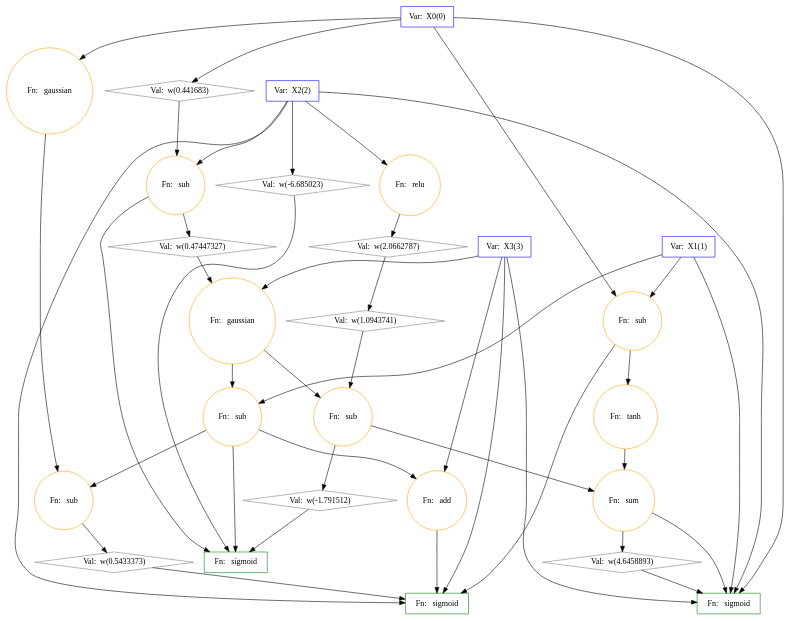
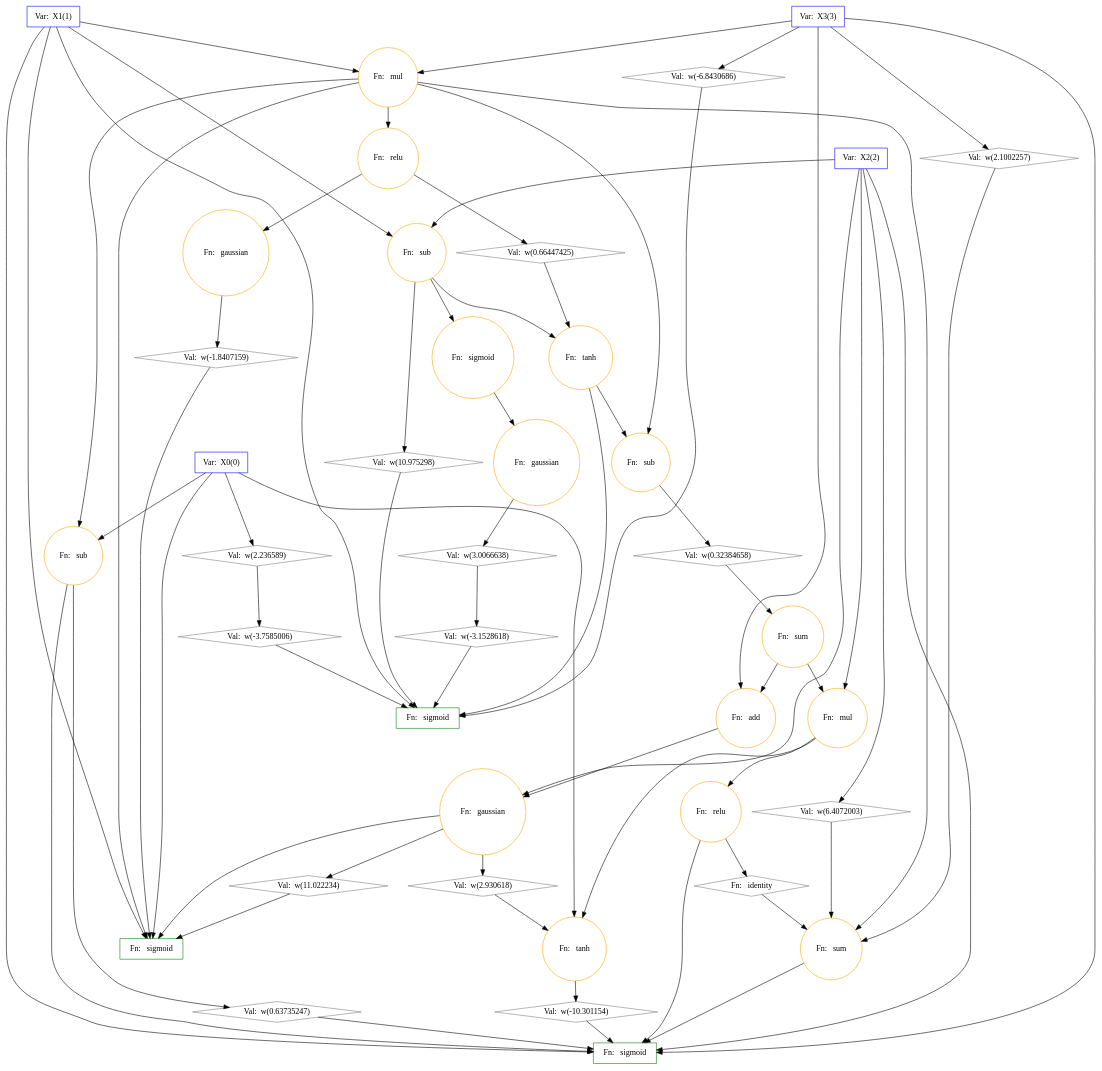
Before and after one commit to pkalivas/radiate: the diagram in graph.dot, drawn with Graphviz. The commit also changed 2 other files, not shown here.

```diff
--- a/graph.dot
+++ b/graph.dot
@@ -1,70 +1,106 @@
 digraph G {
 0 [label="Var:  X0(0)", shape=box, color=blue];
 1 [label="Var:  X1(1)", shape=box, color=blue];
 2 [label="Var:  X2(2)", shape=box, color=blue];
 3 [label="Var:  X3(3)", shape=box, color=blue];
 4 [label="Fn:   sigmoid", shape=box, color=green];
 5 [label="Fn:   sigmoid", shape=box, color=green];
 6 [label="Fn:   sigmoid", shape=box, color=green];
-7 [label="Val:  w(-6.685023)", shape=diamond, color=gray];
-8 [label="Val:  w(-1.791512)", shape=diamond, color=gray];
-9 [label="Fn:   gaussian", shape=circle, color=orange];
-10 [label="Fn:   sub", shape=circle, color=orange];
-11 [label="Val:  w(0.5433373)", shape=diamond, color=gray];
-12 [label="Fn:   sub", shape=circle, color=orange];
-13 [label="Fn:   sub", shape=circle, color=orange];
+7 [label="Val:  w(10.975298)", shape=diamond, color=gray];
+8 [label="Val:  w(-3.7585006)", shape=diamond, color=gray];
+9 [label="Fn:   sub", shape=circle, color=orange];
+10 [label="Val:  w(2.236589)", shape=diamond, color=gray];
+11 [label="Fn:   mul", shape=circle, color=orange];
+12 [label="Val:  w(-1.8407159)", shape=diamond, color=gray];
+13 [label="Fn:   gaussian", shape=circle, color=orange];
 14 [label="Fn:   add", shape=circle, color=orange];
-15 [label="Fn:   sub", shape=circle, color=orange];
-16 [label="Fn:   sum", shape=circle, color=orange];
-17 [label="Val:  w(1.0943741)", shape=diamond, color=gray];
-18 [label="Fn:   sub", shape=circle, color=orange];
-19 [label="Val:  w(2.0662787)", shape=diamond, color=gray];
-20 [label="Val:  w(4.6458893)", shape=diamond, color=gray];
-21 [label="Fn:   gaussian", shape=circle, color=orange];
-22 [label="Fn:   tanh", shape=circle, color=orange];
-23 [label="Val:  w(0.441683)", shape=diamond, color=gray];
-24 [label="Val:  w(0.47447327)", shape=diamond, color=gray];
-25 [label="Fn:   relu", shape=circle, color=orange];
+15 [label="Fn:   tanh", shape=circle, color=orange];
+16 [label="Val:  w(11.022234)", shape=diamond, color=gray];
+17 [label="Val:  w(-3.1528618)", shape=diamond, color=gray];
+18 [label="Val:  w(0.32384658)", shape=diamond, color=gray];
+19 [label="Fn:   sum", shape=circle, color=orange];
+20 [label="Val:  w(2.1002257)", shape=diamond, color=gray];
+21 [label="Val:  w(-6.8430686)", shape=diamond, color=gray];
+22 [label="Val:  w(3.0066638)", shape=diamond, color=gray];
+23 [label="Val:  w(-10.301154)", shape=diamond, color=gray];
+24 [label="Fn:   tanh", shape=circle, color=orange];
+25 [label="Fn:   sum", shape=circle, color=orange];
+26 [label="Fn:   sigmoid", shape=circle, color=orange];
+27 [label="Val:  w(2.930618)", shape=diamond, color=gray];
+28 [label="Fn:   sub", shape=circle, color=orange];
+29 [label="Fn:   mul", shape=circle, color=orange];
+30 [label="Fn:   sub", shape=circle, color=orange];
+31 [label="Fn:   relu", shape=circle, color=orange];
+32 [label="Fn:   identity", shape=diamond, color=gray];
+33 [label="Fn:   relu", shape=circle, color=orange];
+34 [label="Val:  w(0.66447425)", shape=diamond, color=gray];
+35 [label="Val:  w(0.63735247)", shape=diamond, color=gray];
+36 [label="Val:  w(6.4072003)", shape=diamond, color=gray];
+37 [label="Fn:   gaussian", shape=circle, color=orange];
+38 [label="Fn:   gaussian", shape=circle, color=orange];
+  1 -> 4 [style=solid];
   7 -> 4 [style=solid];
   8 -> 4 [style=solid];
-  10 -> 4 [style=solid];
-  13 -> 4 [style=solid];
+  15 -> 4 [style=solid];
+  17 -> 4 [style=solid];
+  21 -> 4 [style=solid];
   0 -> 5 [style=solid];
   1 -> 5 [style=solid];
-  2 -> 5 [style=solid];
-  3 -> 5 [style=solid];
+  11 -> 5 [style=solid];
+  12 -> 5 [style=solid];
+  13 -> 5 [style=solid];
   16 -> 5 [style=solid];
-  20 -> 5 [style=solid];
+  1 -> 6 [style=solid];
   2 -> 6 [style=solid];
   3 -> 6 [style=solid];
-  11 -> 6 [style=solid];
-  14 -> 6 [style=solid];
-  18 -> 6 [style=solid];
-  2 -> 7 [style=solid];
-  12 -> 8 [style=solid];
-  3 -> 9 [style=solid];
-  24 -> 9 [style=solid];
-  2 -> 10 [style=solid];
-  23 -> 10 [style=solid];
-  15 -> 11 [style=solid];
-  9 -> 12 [style=solid];
-  17 -> 12 [style=solid];
-  1 -> 13 [style=solid];
-  9 -> 13 [style=solid];
+  19 -> 6 [style=solid];
+  23 -> 6 [style=solid];
+  28 -> 6 [style=solid];
+  31 -> 6 [style=solid];
+  35 -> 6 [style=solid];
+  9 -> 7 [style=solid];
+  10 -> 8 [style=solid];
+  1 -> 9 [style=solid];
+  2 -> 9 [style=solid];
+  0 -> 10 [style=solid];
+  1 -> 11 [style=solid];
+  3 -> 11 [style=solid];
+  37 -> 12 [style=solid];
+  2 -> 13 [style=solid];
+  14 -> 13 [style=solid];
   3 -> 14 [style=solid];
-  13 -> 14 [style=solid];
-  13 -> 15 [style=solid];
-  21 -> 15 [style=solid];
-  12 -> 16 [style=solid];
-  22 -> 16 [style=solid];
-  19 -> 17 [style=solid];
-  0 -> 18 [style=solid];
-  1 -> 18 [style=solid];
-  25 -> 19 [style=solid];
-  16 -> 20 [style=solid];
-  0 -> 21 [style=solid];
-  18 -> 22 [style=solid];
-  0 -> 23 [style=solid];
-  10 -> 24 [style=solid];
-  2 -> 25 [style=solid];
+  25 -> 14 [style=solid];
+  9 -> 15 [style=solid];
+  34 -> 15 [style=solid];
+  13 -> 16 [style=solid];
+  22 -> 17 [style=solid];
+  30 -> 18 [style=solid];
+  11 -> 19 [style=solid];
+  20 -> 19 [style=solid];
+  32 -> 19 [style=solid];
+  36 -> 19 [style=solid];
+  3 -> 20 [style=solid];
+  3 -> 21 [style=solid];
+  38 -> 22 [style=solid];
+  24 -> 23 [style=solid];
+  0 -> 24 [style=solid];
+  27 -> 24 [style=solid];
+  29 -> 24 [style=solid];
+  18 -> 25 [style=solid];
+  9 -> 26 [style=solid];
+  13 -> 27 [style=solid];
+  0 -> 28 [style=solid];
+  11 -> 28 [style=solid];
+  2 -> 29 [style=solid];
+  25 -> 29 [style=solid];
+  11 -> 30 [style=solid];
+  15 -> 30 [style=solid];
+  29 -> 31 [style=solid];
+  31 -> 32 [style=solid];
+  11 -> 33 [style=solid];
+  33 -> 34 [style=solid];
+  28 -> 35 [style=solid];
+  2 -> 36 [style=solid];
+  33 -> 37 [style=solid];
+  26 -> 38 [style=solid];
 }
```
